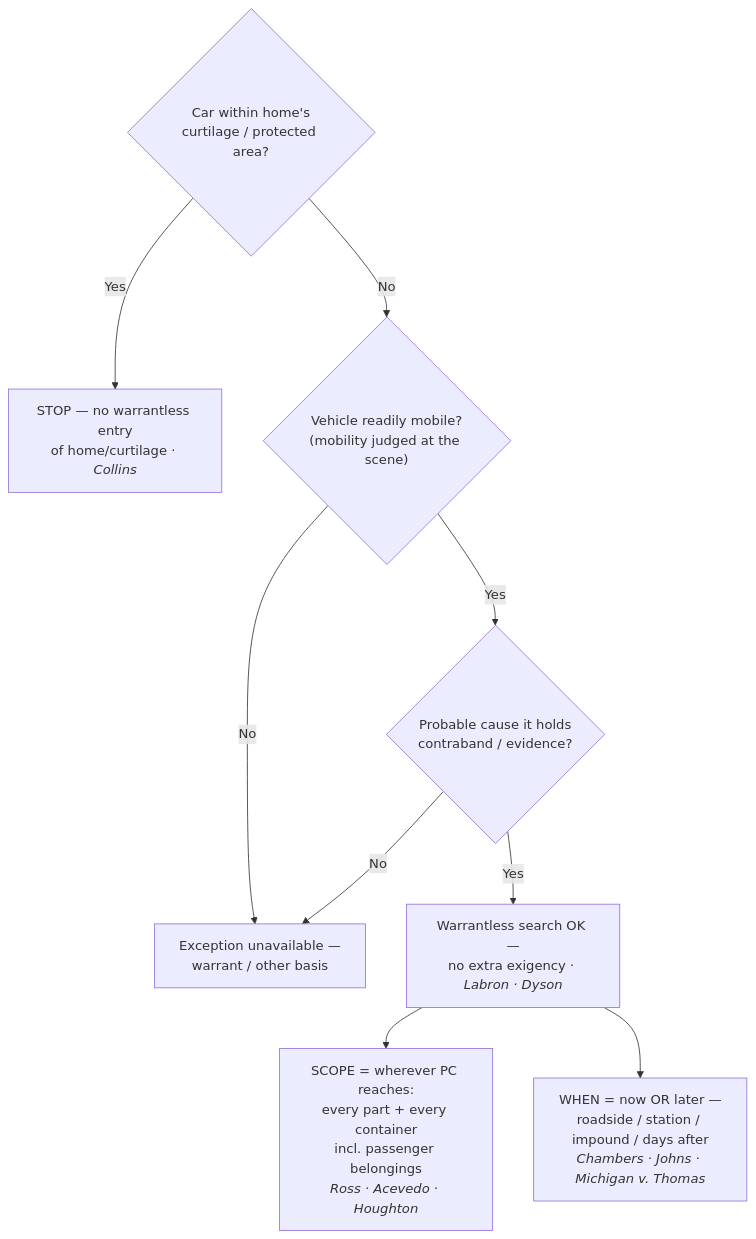
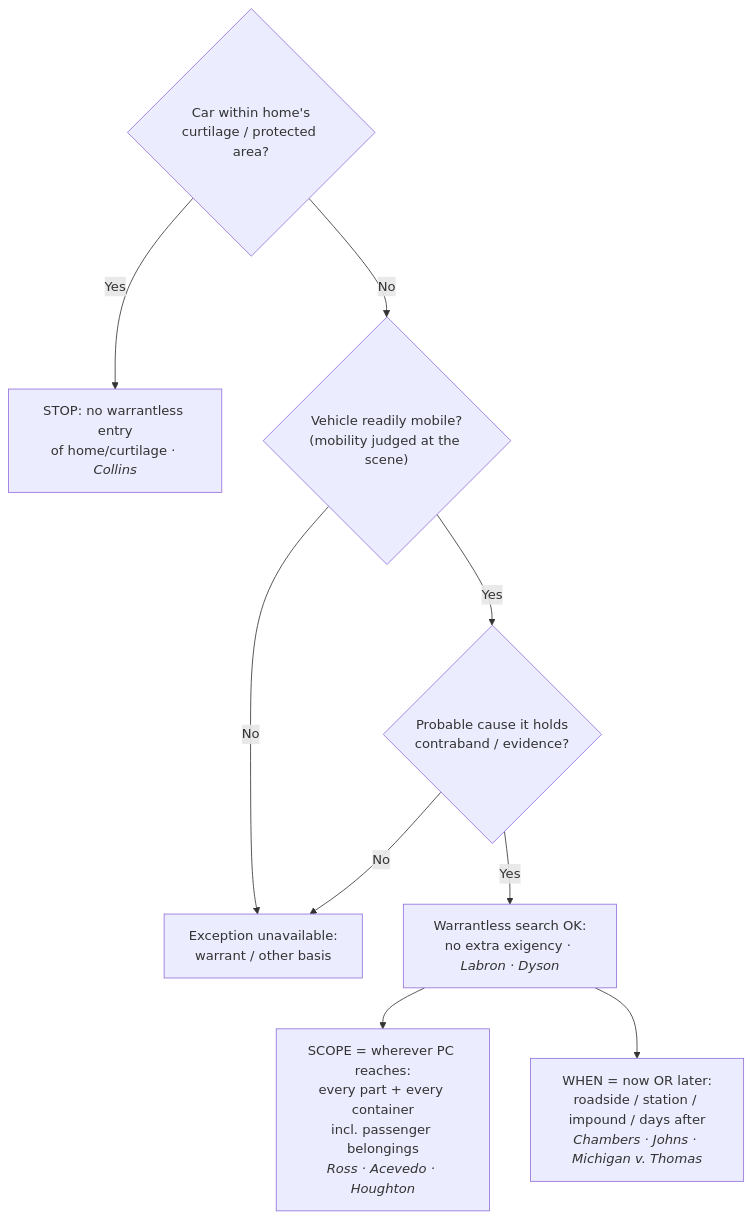
One commit to Enragedsaturday/enragedsaturday.github.io changed the diagram in content/warrant-exceptions/searching-a-vehicle/Automobile Exception.md. Above: the diagram before and after it, drawn with Mermaid. The commit also changed other lines of this file and 9 other files, not shown here.

````diff
--- a/content/warrant-exceptions/searching-a-vehicle/Automobile Exception.md
+++ b/content/warrant-exceptions/searching-a-vehicle/Automobile Exception.md
@@ -94,11 +112,11 @@
 ```mermaid
 flowchart TD
-  P{"Car within home's<br/>curtilage / protected area?"} -->|Yes| Z["STOP — no warrantless entry<br/>of home/curtilage · <i>Collins</i>"]
+  P{"Car within home's<br/>curtilage / protected area?"} -->|Yes| Z["STOP: no warrantless entry<br/>of home/curtilage · <i>Collins</i>"]
   P -->|No| A{"Vehicle readily mobile?<br/>(mobility judged at the scene)"}
-  A -->|No| X["Exception unavailable —<br/>warrant / other basis"]
+  A -->|No| X["Exception unavailable:<br/>warrant / other basis"]
   A -->|Yes| B{"Probable cause it holds<br/>contraband / evidence?"}
   B -->|No| X
-  B -->|Yes| C["Warrantless search OK —<br/>no extra exigency · <i>Labron · Dyson</i>"]
+  B -->|Yes| C["Warrantless search OK:<br/>no extra exigency · <i>Labron · Dyson</i>"]
   C --> D["SCOPE = wherever PC reaches:<br/>every part + every container<br/>incl. passenger belongings<br/><i>Ross · Acevedo · Houghton</i>"]
-  C --> E["WHEN = now OR later —<br/>roadside / station / impound / days after<br/><i>Chambers · Johns · Michigan v. Thomas</i>"]
+  C --> E["WHEN = now OR later:<br/>roadside / station / impound / days after<br/><i>Chambers · Johns · Michigan v. Thomas</i>"]
 ```
````
